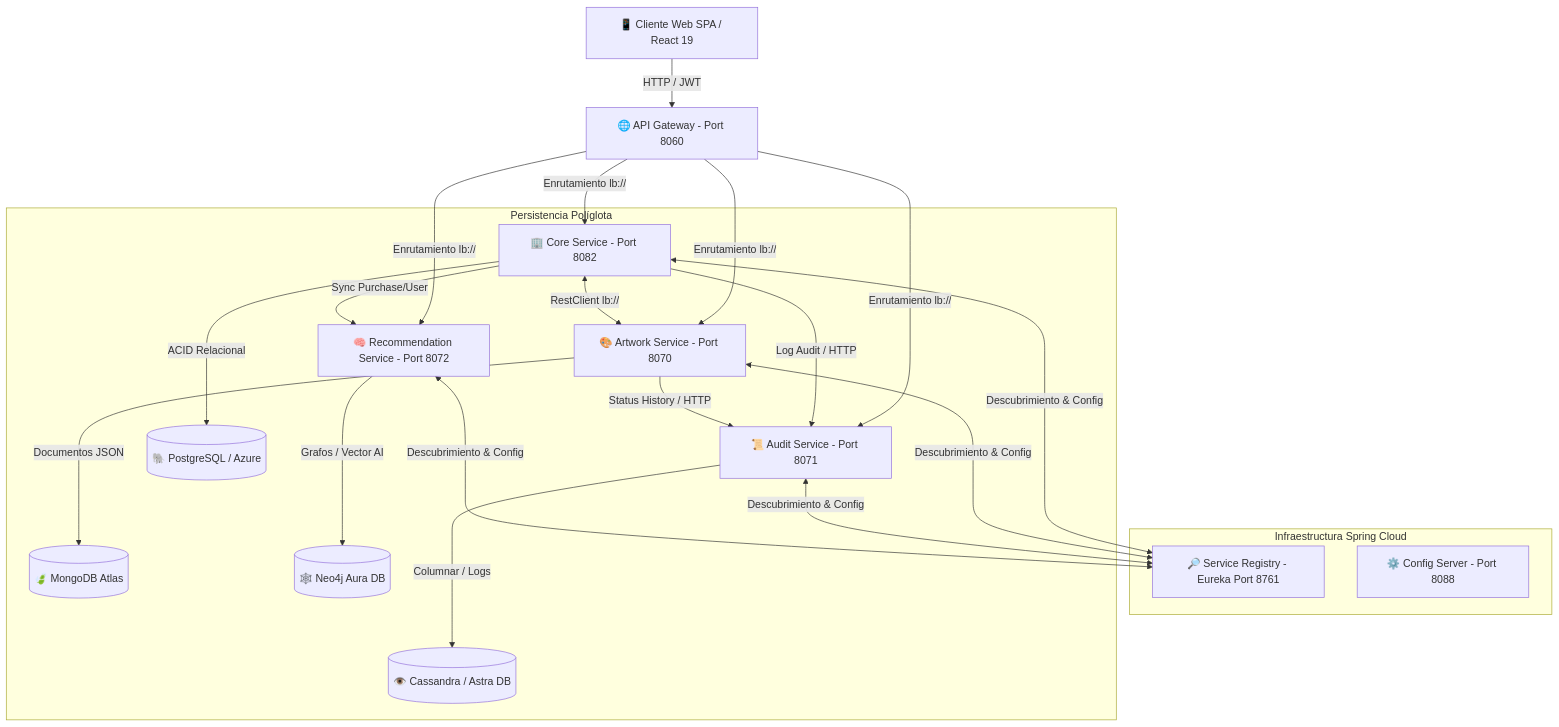
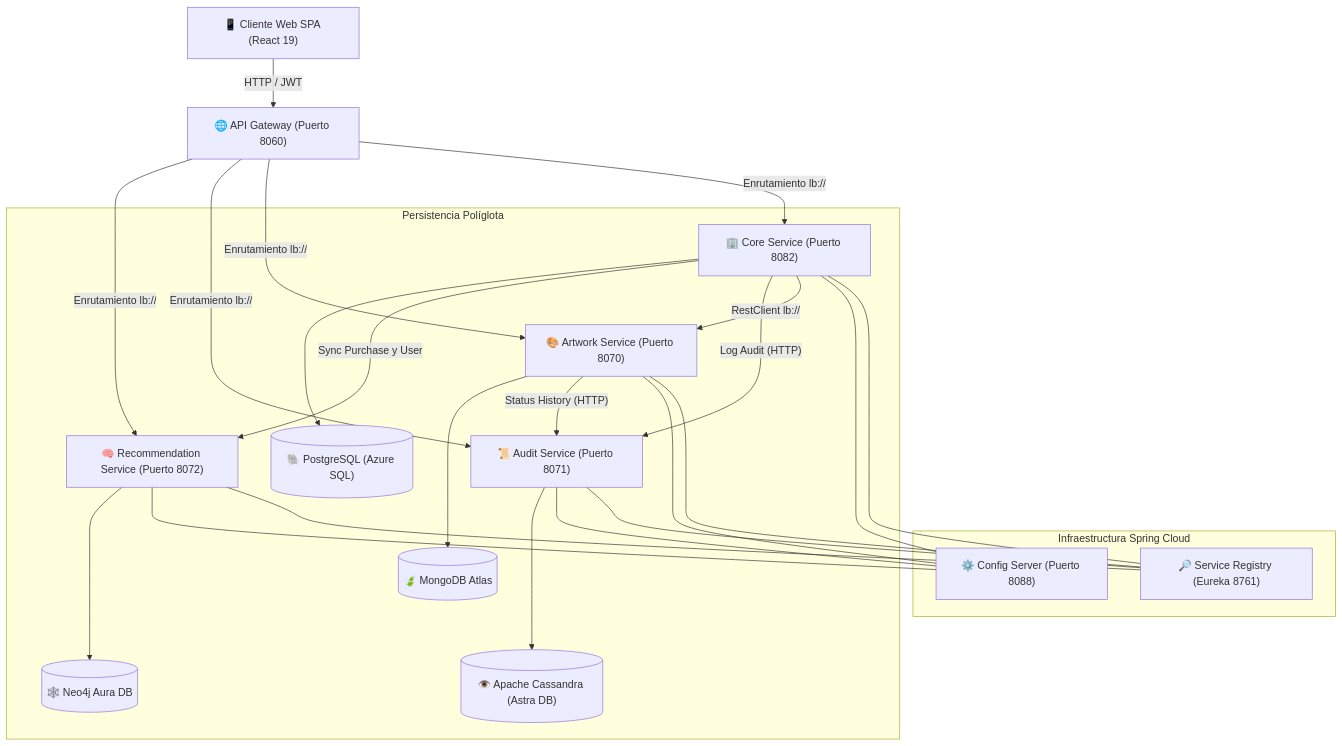
Before and after one commit to josmer-azocar/pictorial-arcane-microservices: the first of 2 diagrams in Microservicios/README.md, drawn with Mermaid. The commit also changed other lines of this file and 1 other file, not shown here.

````diff
--- a/Microservicios/README.md
+++ b/Microservicios/README.md
@@ -68,31 +68,36 @@
 ```mermaid
-graph TD
-    Client[📱 Cliente Web SPA / React 19] -->|HTTP / JWT| Gateway[🌐 API Gateway - Port 8060]
+flowchart TD
+    Client["📱 Cliente Web SPA (React 19)"] -->|HTTP / JWT| Gateway["🌐 API Gateway (Puerto 8060)"]
     
-    subgraph Infraestructura Spring Cloud
-        Eureka[🔎 Service Registry - Eureka Port 8761]
-        ConfigServer[⚙️ Config Server - Port 8088]
+    subgraph Infra["Infraestructura Spring Cloud"]
+        Eureka["🔎 Service Registry (Eureka 8761)"]
+        ConfigServer["⚙️ Config Server (Puerto 8088)"]
     end
     
-    Gateway -->|Enrutamiento lb://| CoreSvc[🏢 Core Service - Port 8082]
-    Gateway -->|Enrutamiento lb://| ArtworkSvc[🎨 Artwork Service - Port 8070]
-    Gateway -->|Enrutamiento lb://| AuditSvc[📜 Audit Service - Port 8071]
-    Gateway -->|Enrutamiento lb://| RecomSvc[🧠 Recommendation Service - Port 8072]
+    Gateway -->|"Enrutamiento lb://"| CoreSvc["🏢 Core Service (Puerto 8082)"]
+    Gateway -->|"Enrutamiento lb://"| ArtworkSvc["🎨 Artwork Service (Puerto 8070)"]
+    Gateway -->|"Enrutamiento lb://"| AuditSvc["📜 Audit Service (Puerto 8071)"]
+    Gateway -->|"Enrutamiento lb://"| RecomSvc["🧠 Recommendation Service (Puerto 8072)"]
 
-    CoreSvc <-->|Descubrimiento & Config| Eureka
-    ArtworkSvc <-->|Descubrimiento & Config| Eureka
-    AuditSvc <-->|Descubrimiento & Config| Eureka
-    RecomSvc <-->|Descubrimiento & Config| Eureka
+    CoreSvc --- Eureka
+    ArtworkSvc --- Eureka
+    AuditSvc --- Eureka
+    RecomSvc --- Eureka
 
-    CoreSvc <-->|RestClient lb://| ArtworkSvc
-    CoreSvc -->|Log Audit / HTTP| AuditSvc
-    ArtworkSvc -->|Status History / HTTP| AuditSvc
-    CoreSvc -->|Sync Purchase/User| RecomSvc
+    CoreSvc --- ConfigServer
+    ArtworkSvc --- ConfigServer
+    AuditSvc --- ConfigServer
+    RecomSvc --- ConfigServer
 
-    subgraph Persistencia Políglota
-        CoreSvc --->|ACID Relacional| Postgres[(🐘 PostgreSQL / Azure)]
-        ArtworkSvc --->|Documentos JSON| Mongo[(🍃 MongoDB Atlas)]
-        AuditSvc --->|Columnar / Logs| Cassandra[(👁️ Cassandra / Astra DB)]
-        RecomSvc --->|Grafos / Vector AI| Neo4j[(🕸️ Neo4j Aura DB)]
+    CoreSvc -->|"RestClient lb://"| ArtworkSvc
+    CoreSvc -->|"Log Audit (HTTP)"| AuditSvc
+    ArtworkSvc -->|"Status History (HTTP)"| AuditSvc
+    CoreSvc -->|"Sync Purchase y User"| RecomSvc
+
+    subgraph Persistence["Persistencia Políglota"]
+        CoreSvc ---> Postgres[("🐘 PostgreSQL (Azure SQL)")]
+        ArtworkSvc ---> Mongo[("🍃 MongoDB Atlas")]
+        AuditSvc ---> Cassandra[("👁️ Apache Cassandra (Astra DB)")]
+        RecomSvc ---> Neo4j[("🕸️ Neo4j Aura DB")]
     end
 ```
````
